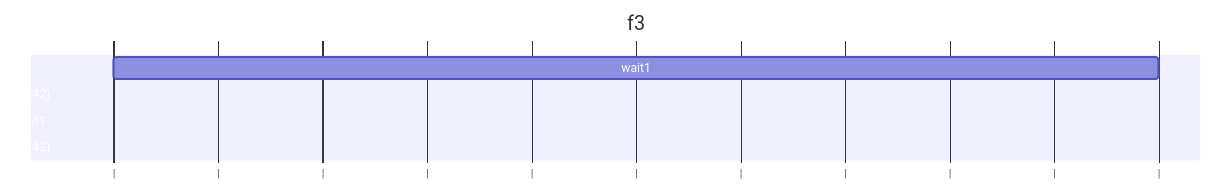
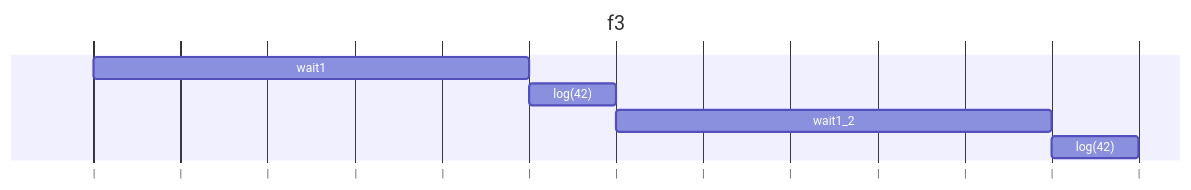
The diagram in exercises/ch13/ex09/i1.md (Shogo-Sumi/sample), drawn with Mermaid before and after one commit.

Commit message:
[Add]ex09

````diff
--- a/exercises/ch13/ex09/i1.md
+++ b/exercises/ch13/ex09/i1.md
@@ -1,10 +1,10 @@
 ```mermaid
 gantt
   title f3
   dateFormat  s
   axisFormat |
     wait1 :w1, 0, 1s
     log(42)  :l42, after w1, 0.2s
-    wait1  :w1, after l42, 1s
-    log(42)  :l42, after w1, 0.2s
+    wait1_2  :w1_2, after l42, 1s
+    log(42)  :l42_2, after w1_2, 0.2s
 ```
````
